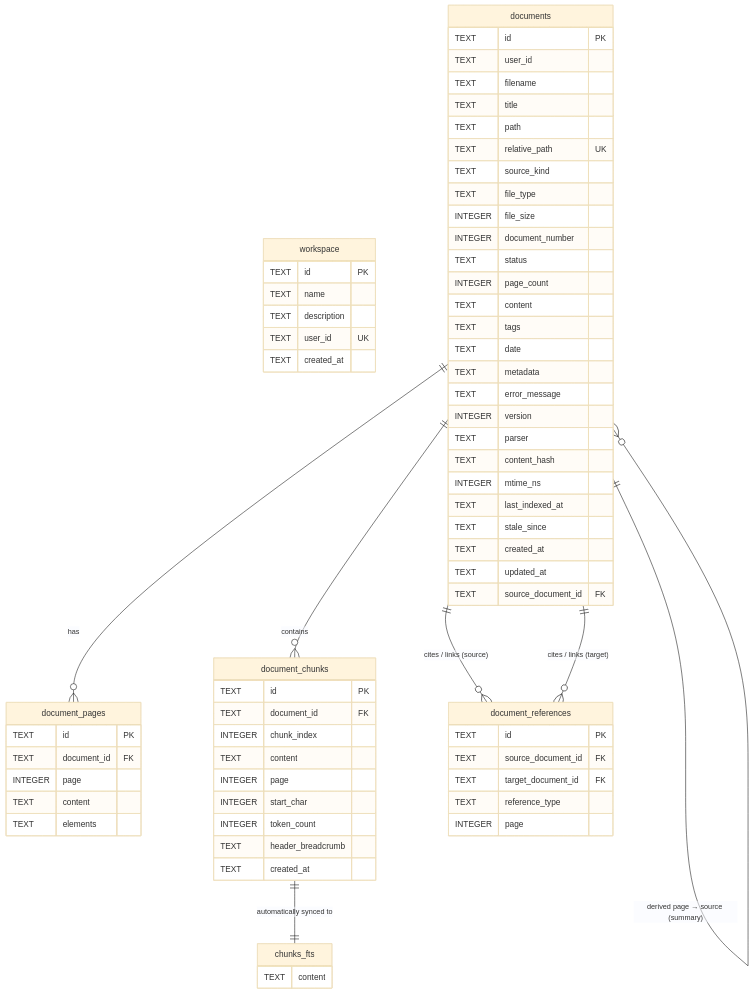
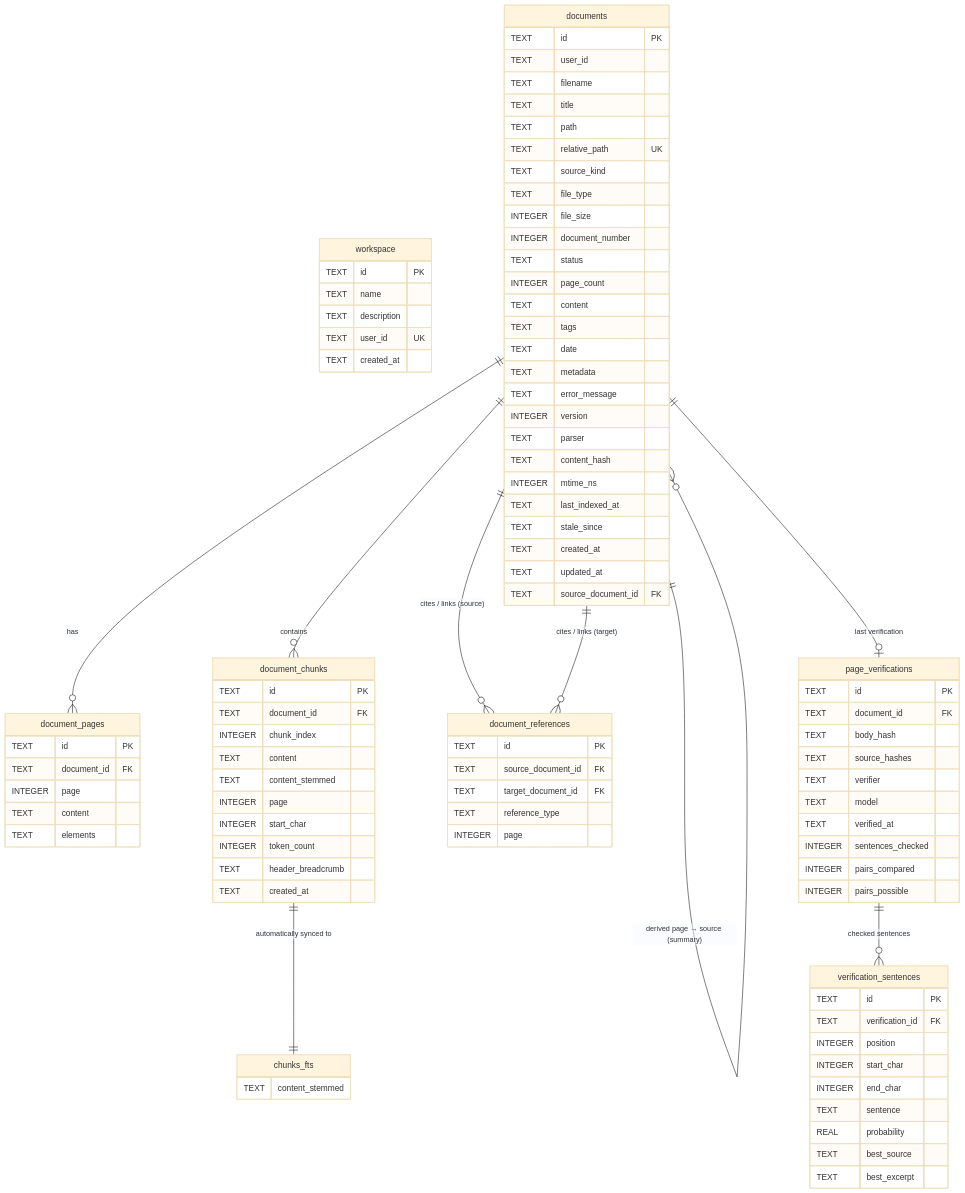
Before and after one commit to Clod/llmwiki-marimo: the diagram in docs/sqlite_data_dictionary.md, drawn with Mermaid (base theme). The commit also changed other lines of this file and 221 other files, not shown here.

````diff
--- a/docs/sqlite_data_dictionary.md
+++ b/docs/sqlite_data_dictionary.md
@@ -82,6 +93,7 @@
         TEXT document_id FK
         INTEGER chunk_index
         TEXT content
+        TEXT content_stemmed
         INTEGER page
         INTEGER start_char
         INTEGER token_count
@@ -98,7 +110,32 @@
     }
 
     chunks_fts {
-        TEXT content
+        TEXT content_stemmed
+    }
+
+    page_verifications {
+        TEXT id PK
+        TEXT document_id FK
+        TEXT body_hash
+        TEXT source_hashes
+        TEXT verifier
+        TEXT model
+        TEXT verified_at
+        INTEGER sentences_checked
+        INTEGER pairs_compared
+        INTEGER pairs_possible
+    }
+
+    verification_sentences {
+        TEXT id PK
+        TEXT verification_id FK
+        INTEGER position
+        INTEGER start_char
+        INTEGER end_char
+        TEXT sentence
+        REAL probability
+        TEXT best_source
+        TEXT best_excerpt
     }
 
     documents ||--o{ document_pages : "has"
@@ -106,5 +143,7 @@
     documents ||--o{ document_references : "cites / links (source)"
     documents ||--o{ document_references : "cites / links (target)"
     documents ||--o{ documents : "derived page → source (summary)"
+    documents ||--o| page_verifications : "last verification"
+    page_verifications ||--o{ verification_sentences : "checked sentences"
     document_chunks ||--|| chunks_fts : "automatically synced to"
 ```
````
